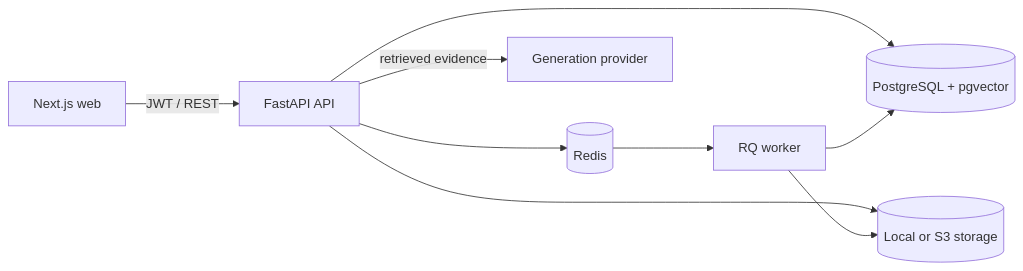
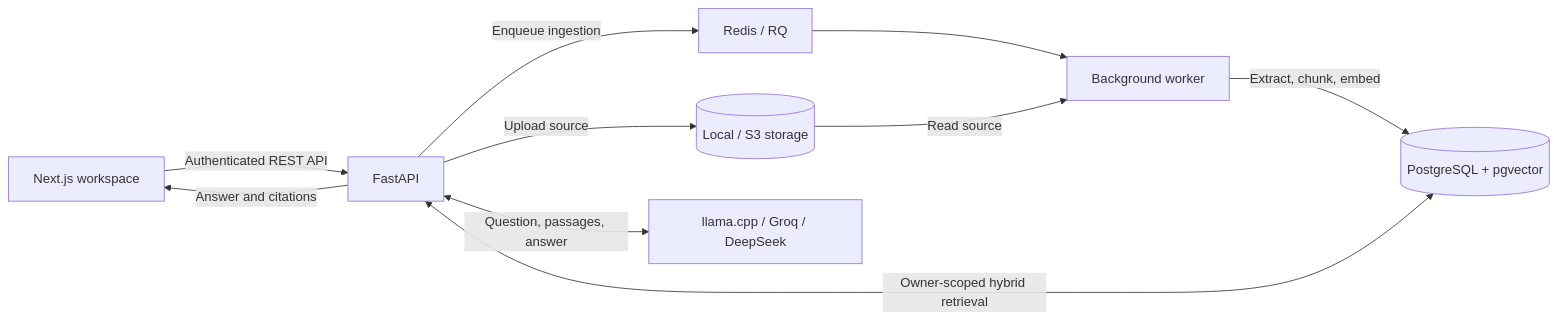
The diagram in README.md (OSTADJ2F/ai-document-search), drawn with Mermaid before and after one commit. The commit also changed other lines of this file, not shown here.

````diff
--- a/README.md
+++ b/README.md
@@ -28,11 +54,12 @@
 ```mermaid
 flowchart LR
-  Browser[Next.js web] -->|JWT / REST| API[FastAPI API]
-  API --> PG[(PostgreSQL + pgvector)]
-  API --> Redis[(Redis)]
-  API --> Store[(Local or S3 storage)]
-  Redis --> Worker[RQ worker]
-  Worker --> Store
-  Worker --> PG
-  API -->|retrieved evidence| Generator[Generation provider]
+    Web[Next.js workspace] -->|Authenticated REST API| API[FastAPI]
+    API -->|Upload source| Store[(Local / S3 storage)]
+    API -->|Enqueue ingestion| Queue[Redis / RQ]
+    Queue --> Worker[Background worker]
+    Store -->|Read source| Worker
+    Worker -->|Extract, chunk, embed| DB[(PostgreSQL + pgvector)]
+    API <-->|Owner-scoped hybrid retrieval| DB
+    API <-->|Question, passages, answer| AI[llama.cpp / Groq / DeepSeek]
+    API -->|Answer and citations| Web
 ```
````
